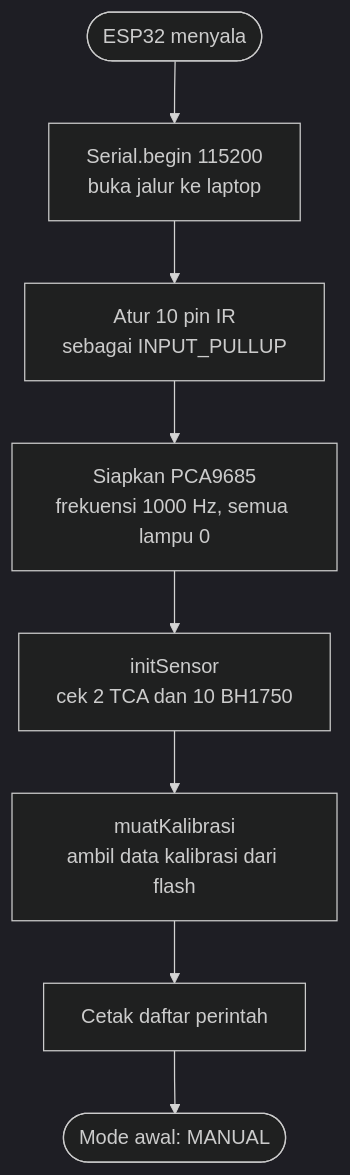
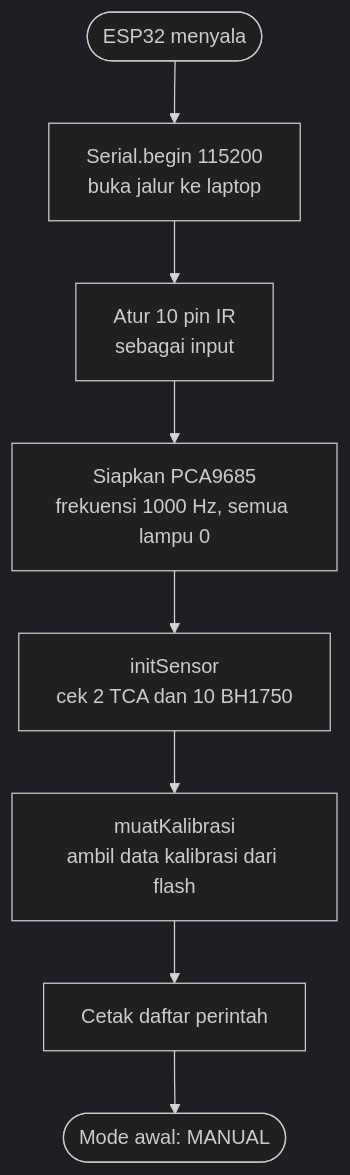
Before and after one commit to ardellrasen/TPT-Adaptive-Lighting: the first of 2 diagrams in docs/learning/03-alur-program.md, drawn with Mermaid (dark theme). The commit also changed other lines of this file and 20 other files, not shown here.

````diff
--- a/docs/learning/03-alur-program.md
+++ b/docs/learning/03-alur-program.md
@@ -14,10 +14,10 @@
 ```mermaid
 flowchart TD
     A([ESP32 menyala]) --> B["Serial.begin 115200<br/>buka jalur ke laptop"]
-    B --> C["Atur 10 pin IR<br/>sebagai INPUT_PULLUP"]
+    B --> C["Atur 10 pin IR<br/>sebagai input"]
     C --> D["Siapkan PCA9685<br/>frekuensi 1000 Hz, semua lampu 0"]
     D --> E["initSensor<br/>cek 2 TCA dan 10 BH1750"]
     E --> F["muatKalibrasi<br/>ambil data kalibrasi dari flash"]
     F --> G["Cetak daftar perintah"]
     G --> H([Mode awal: MANUAL])
 ```
````
